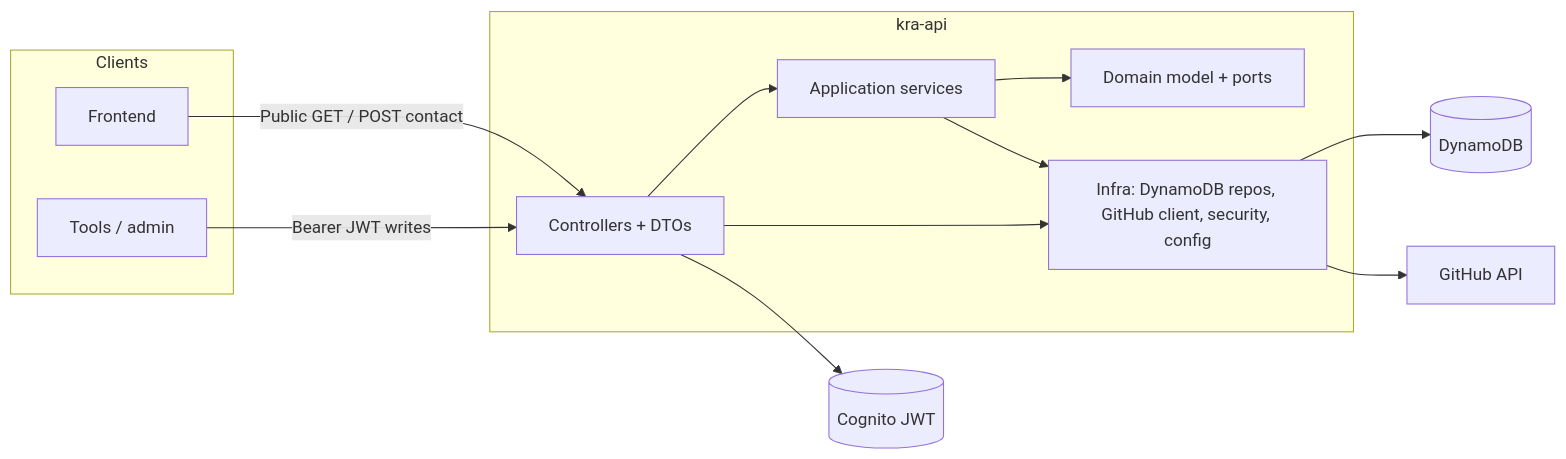
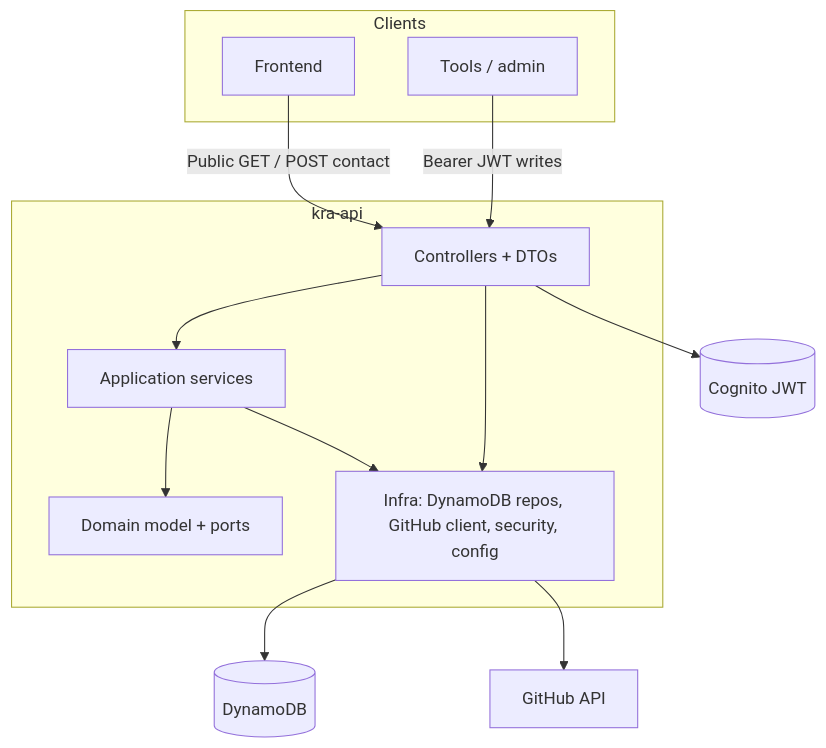
One commit to krealalejo/kra-api changed the diagram in README.md. Above: the diagram before and after it, drawn with Mermaid. The commit also changed other lines of this file, not shown here.

````diff
--- a/README.md
+++ b/README.md
@@ -73,28 +68,28 @@
 ```mermaid
-flowchart LR
+flowchart TD
   subgraph clients [Clients]
     FE[Frontend]
     CLI["Tools / admin"]
   end
 
   subgraph kra [kra-api]
     WEB[Controllers + DTOs]
     APP[Application services]
     DOM[Domain model + ports]
     INFRA[Infra: DynamoDB repos, GitHub client, security, config]
     WEB --> APP
     APP --> DOM
     APP --> INFRA
     WEB --> INFRA
   end
 
   COG[(Cognito JWT)]
   DDB[(DynamoDB)]
   GH[GitHub API]
 
   FE -- "Public GET / POST contact" --> WEB
   CLI -- "Bearer JWT writes" --> WEB
   WEB --> COG
   INFRA --> DDB
   INFRA --> GH
 ```
````
